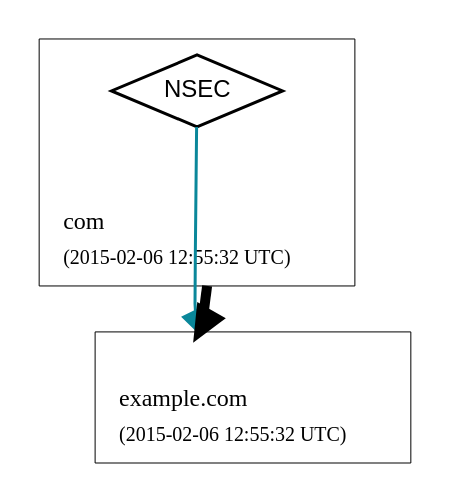
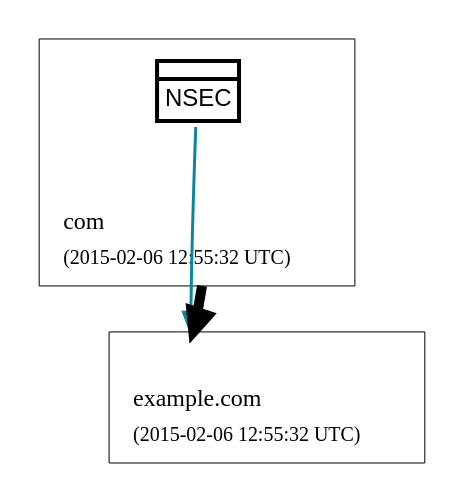
Before and after one commit to dnsviz/dnsviz: the diagram in doc/dot/nsec-ds.dot, drawn with Graphviz. The commit also changed 23 other files, not shown here.

```diff
--- a/doc/dot/nsec-ds.dot
+++ b/doc/dot/nsec-ds.dot
@@ -1,43 +1,46 @@
 digraph {
   graph [compound=true, rankdir=BT, ranksep=0.3];
 	edge [penwidth=1.5];
 	node [label="\N",
 		penwidth=1.5
 	];
   subgraph "cluster_com" {
 		graph [label=<<TABLE BORDER="0"><TR><TD ALIGN="LEFT"><FONT POINT-SIZE="12">com</FONT></TD></TR><TR><TD ALIGN="LEFT"><FONT POINT-SIZE="10">(2015-02-06 12:55:32 UTC)</FONT></TD></TR></TABLE>>,
 				labeljust=l,
 				penwidth=0.5
 		];
 
 		"NSEC-0|example.com|DS" [color="#000000",
 						fillcolor="#ffffff",
-						label=<<FONT POINT-SIZE="12" FACE="Helvetica">NSEC</FONT>>,
-						shape=diamond,
+            label=<<TABLE COLOR="#000000" BORDER="0" CELLSPACING="-2" CELLPADDING="0" BGCOLOR="#ffffff"><TR>
+<TD PORT="nsec1" BORDER="2"><FONT POINT-SIZE="6"> </FONT></TD>
+</TR><TR><TD COLSPAN="1" BORDER="2" CELLPADDING="3"><FONT POINT-SIZE="12" FACE="Helvetica">NSEC</FONT></TD></TR>
+</TABLE>>,
+						shape=none,
 						style=filled];
 		"cluster_com_top" [shape=point, style=invis];
 		"cluster_com_bottom" [shape=point, style=invis];
   }
   subgraph "cluster_example.com" {
 		graph [label=<<TABLE BORDER="0"><TR><TD ALIGN="LEFT"><FONT POINT-SIZE="12">example.com</FONT></TD></TR><TR><TD ALIGN="LEFT"><FONT POINT-SIZE="10">(2015-02-06 12:55:32 UTC)</FONT></TD></TR></TABLE>>,
 				labeljust=l,
 				penwidth=0.5
 		];
 
 		"cluster_example.com_top" [shape=point, style=invis];
 		"cluster_example.com_bottom" [shape=point, style=invis];
   }
 	"cluster_com_bottom" -> "NSEC-0|example.com|DS" [style=invis];
 	"cluster_example.com_top" -> cluster_com_bottom [color="#000000",
 		dir=back,
 		lhead=cluster_com,
 		ltail="cluster_example.com",
 		minlen=2,
 		penwidth=5.0,
 		style=solid];
 	"cluster_example.com_top" -> "NSEC-0|example.com|DS" [color="#0a879a",
 		dir=back,
 		ltail="cluster_example.com",
 		minlen=2,
 		style=solid];
 }
```
